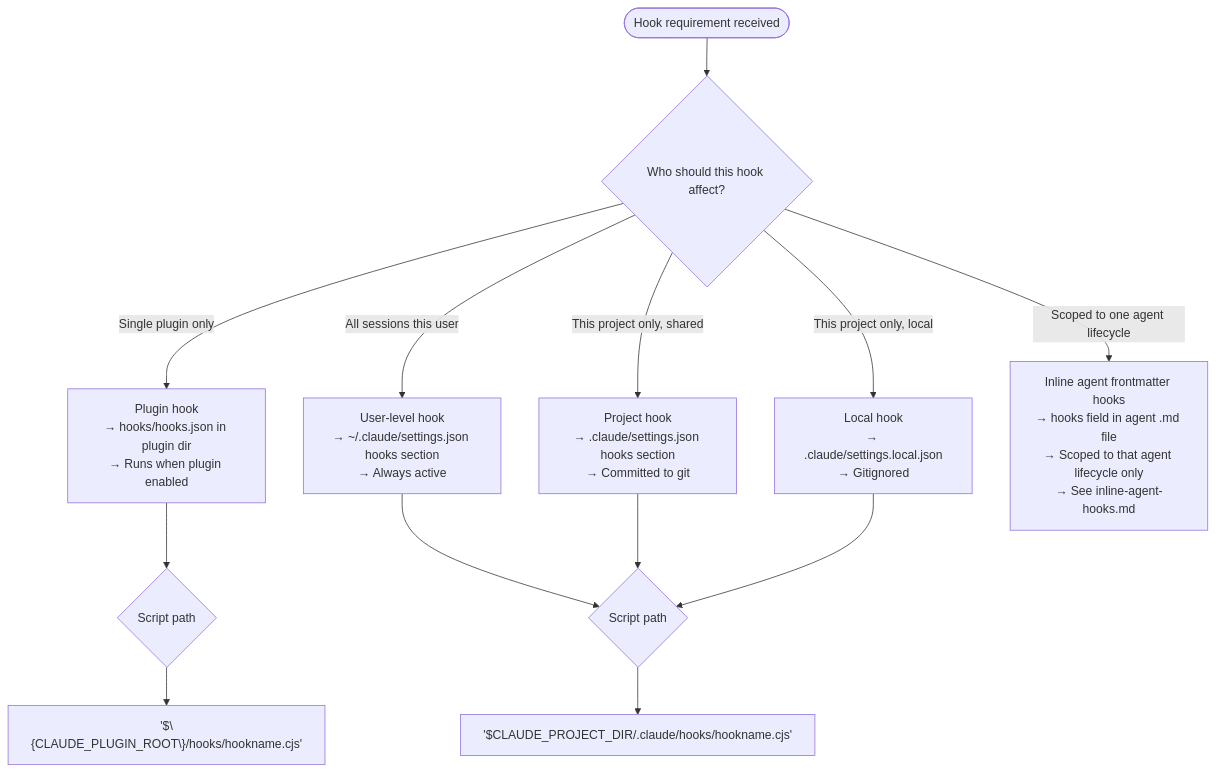
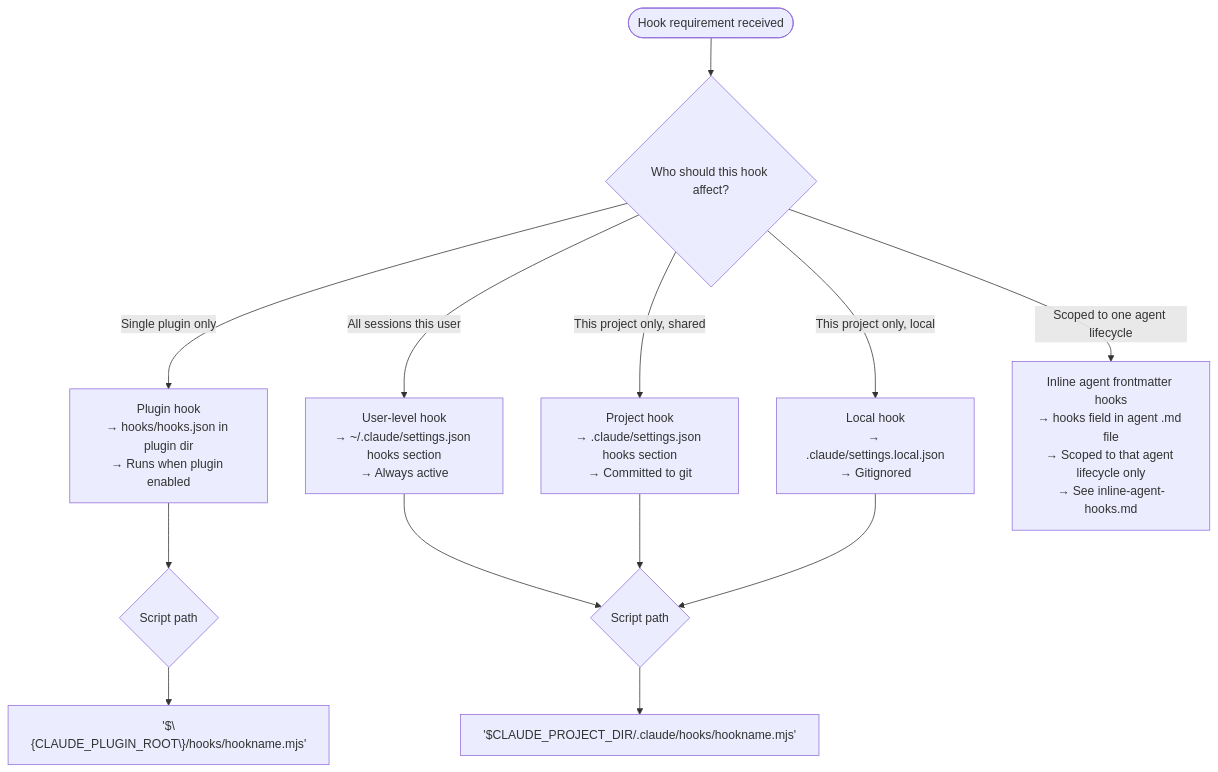
One commit to chgreer1070/claude_skills changed the first of 2 diagrams in plugins/plugin-creator/agents/hook-creator.md. Above: the diagram before and after it, drawn with Mermaid. The commit also changed other lines of this file and 13 other files, not shown here.

First line of the commit message:
feat(plugin-creator): make hook-creator language-agnostic and fix gate token architecture

````diff
--- a/plugins/plugin-creator/agents/hook-creator.md
+++ b/plugins/plugin-creator/agents/hook-creator.md
@@ -41,15 +47,15 @@
 ```mermaid
 flowchart TD
     Start([Hook requirement received]) --> Q1{Who should this hook affect?}
     Q1 -->|Single plugin only| Plugin["Plugin hook\n→ hooks/hooks.json in plugin dir\n→ Runs when plugin enabled"]
     Q1 -->|All sessions this user| User["User-level hook\n→ ~/.claude/settings.json hooks section\n→ Always active"]
     Q1 -->|This project only, shared| Project["Project hook\n→ .claude/settings.json hooks section\n→ Committed to git"]
     Q1 -->|This project only, local| Local["Local hook\n→ .claude/settings.local.json\n→ Gitignored"]
     Q1 -->|Scoped to one agent lifecycle| InlineAgent["Inline agent frontmatter hooks<br>→ hooks field in agent .md file<br>→ Scoped to that agent lifecycle only<br>→ See inline-agent-hooks.md"]
     Plugin --> Q2{Script path}
-    Q2 --> PScript["'$\{CLAUDE_PLUGIN_ROOT\}/hooks/hookname.cjs'"]
+    Q2 --> PScript["'$\{CLAUDE_PLUGIN_ROOT\}/hooks/hookname.mjs'"]
     User --> Q3{Script path}
     Project --> Q3
     Local --> Q3
-    Q3 --> AScript["'$CLAUDE_PROJECT_DIR/.claude/hooks/hookname.cjs'"]
+    Q3 --> AScript["'$CLAUDE_PROJECT_DIR/.claude/hooks/hookname.mjs'"]
 ```
````
